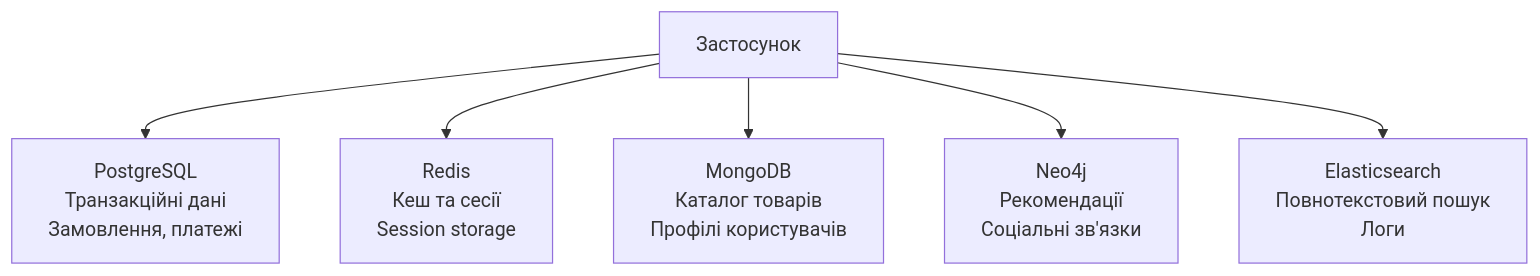
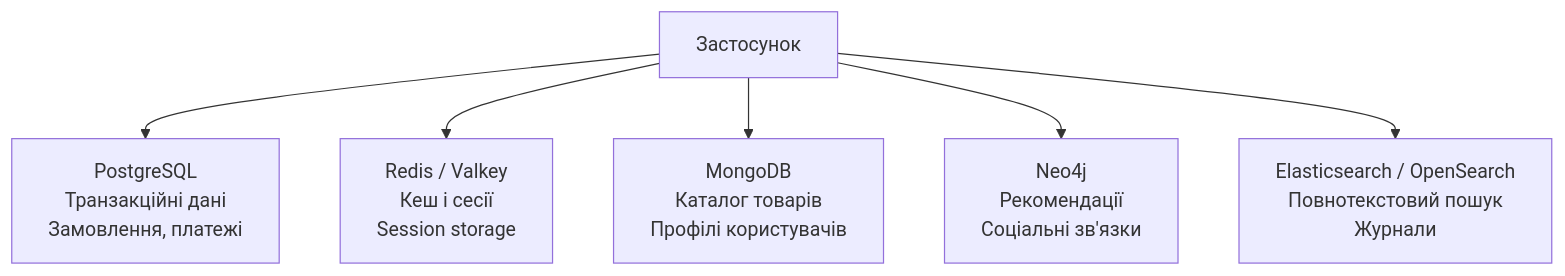
One commit to olroi421/course-opi-v2 changed the seventh of 7 diagrams in lectures/lecture-10.md. Above: the diagram before and after it, drawn with Mermaid. The commit also changed other lines of this file and 10 other files, not shown here.

````diff
--- a/lectures/lecture-10.md
+++ b/lectures/lecture-10.md
@@ -407,8 +570,8 @@
 ```mermaid
 graph TB
-    A[Застосунок] --> B[PostgreSQL<br/>Транзакційні дані<br/>Замовлення, платежі]
-    A --> C[Redis<br/>Кеш та сесії<br/>Session storage]
-    A --> D[MongoDB<br/>Каталог товарів<br/>Профілі користувачів]
-    A --> E[Neo4j<br/>Рекомендації<br/>Соціальні зв'язки]
-    A --> F[Elasticsearch<br/>Повнотекстовий пошук<br/>Логи]
+    A["Застосунок"] --> B["PostgreSQL<br/>Транзакційні дані<br/>Замовлення, платежі"]
+    A --> C["Redis / Valkey<br/>Кеш і сесії<br/>Session storage"]
+    A --> D["MongoDB<br/>Каталог товарів<br/>Профілі користувачів"]
+    A --> E["Neo4j<br/>Рекомендації<br/>Соціальні зв'язки"]
+    A --> F["Elasticsearch / OpenSearch<br/>Повнотекстовий пошук<br/>Журнали"]
 ```
````
